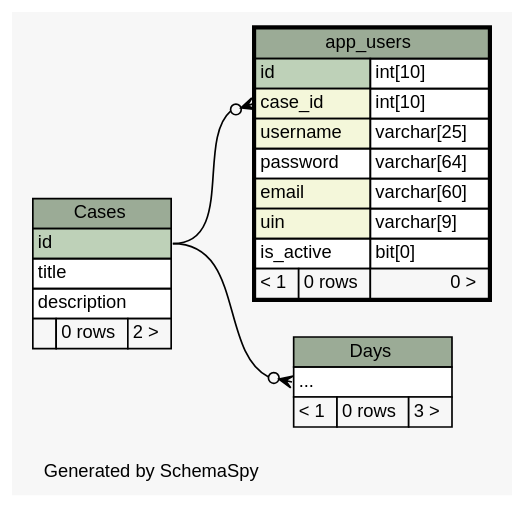
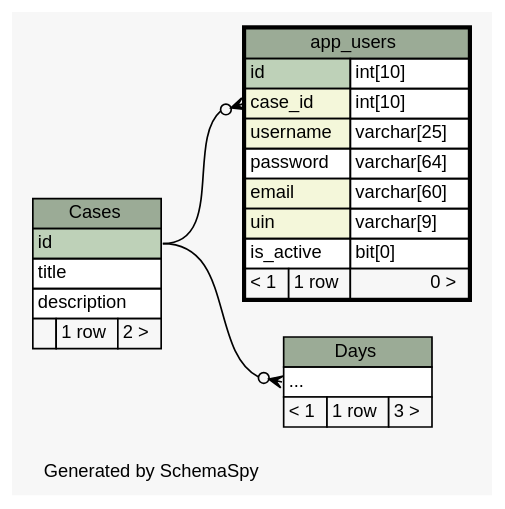
One commit to carrel2/CaseStudies changed the diagram in web/files/schema/diagrams/app_users.2degrees.dot. Above: the diagram before and after it, drawn with Graphviz. The commit also changed 58 other files, not shown here.

Commit message:
Start to update controllers to use new database schema.

```diff
--- a/web/files/schema/diagrams/app_users.2degrees.dot
+++ b/web/files/schema/diagrams/app_users.2degrees.dot
@@ -1,62 +1,62 @@
 // dot 2.38.0 on Linux 4.4.0-62-generic
 // SchemaSpy rev 590
 digraph "twoDegreesRelationshipsDiagram" {
   graph [
     rankdir="RL"
     bgcolor="#f7f7f7"
     label="\nGenerated by SchemaSpy"
     labeljust="l"
     nodesep="0.18"
     ranksep="0.46"
     fontname="Helvetica"
     fontsize="11"
   ];
   node [
     fontname="Helvetica"
     fontsize="11"
     shape="plaintext"
   ];
   edge [
     arrowsize="0.8"
   ];
   "app_users":"case_id":w -> "Cases":"id":e [arrowhead=none dir=back arrowtail=crowodot];
   "Days":"elipses":w -> "Cases":"id":e [arrowhead=none dir=back arrowtail=crowodot];
   "app_users" [
     label=<
     <TABLE BORDER="2" CELLBORDER="1" CELLSPACING="0" BGCOLOR="#ffffff">
       <TR><TD COLSPAN="3" BGCOLOR="#9bab96" ALIGN="CENTER">app_users</TD></TR>
       <TR><TD PORT="id" COLSPAN="2" BGCOLOR="#bed1b8" ALIGN="LEFT">id</TD><TD PORT="id.type" ALIGN="LEFT">int[10]</TD></TR>
       <TR><TD PORT="case_id" COLSPAN="2" BGCOLOR="#f4f7da" ALIGN="LEFT">case_id</TD><TD PORT="case_id.type" ALIGN="LEFT">int[10]</TD></TR>
       <TR><TD PORT="username" COLSPAN="2" BGCOLOR="#f4f7da" ALIGN="LEFT">username</TD><TD PORT="username.type" ALIGN="LEFT">varchar[25]</TD></TR>
       <TR><TD PORT="password" COLSPAN="2" ALIGN="LEFT">password</TD><TD PORT="password.type" ALIGN="LEFT">varchar[64]</TD></TR>
       <TR><TD PORT="email" COLSPAN="2" BGCOLOR="#f4f7da" ALIGN="LEFT">email</TD><TD PORT="email.type" ALIGN="LEFT">varchar[60]</TD></TR>
       <TR><TD PORT="uin" COLSPAN="2" BGCOLOR="#f4f7da" ALIGN="LEFT">uin</TD><TD PORT="uin.type" ALIGN="LEFT">varchar[9]</TD></TR>
       <TR><TD PORT="is_active" COLSPAN="2" ALIGN="LEFT">is_active</TD><TD PORT="is_active.type" ALIGN="LEFT">bit[0]</TD></TR>
-      <TR><TD ALIGN="LEFT" BGCOLOR="#f7f7f7">&lt; 1</TD><TD ALIGN="RIGHT" BGCOLOR="#f7f7f7">0 rows</TD><TD ALIGN="RIGHT" BGCOLOR="#f7f7f7">0 &gt;</TD></TR>
+      <TR><TD ALIGN="LEFT" BGCOLOR="#f7f7f7">&lt; 1</TD><TD ALIGN="RIGHT" BGCOLOR="#f7f7f7">1 row</TD><TD ALIGN="RIGHT" BGCOLOR="#f7f7f7">0 &gt;</TD></TR>
     </TABLE>>
     URL="app_users.html"
     tooltip="app_users"
   ];
   "Cases" [
     label=<
     <TABLE BORDER="0" CELLBORDER="1" CELLSPACING="0" BGCOLOR="#ffffff">
       <TR><TD COLSPAN="3" BGCOLOR="#9bab96" ALIGN="CENTER">Cases</TD></TR>
       <TR><TD PORT="id" COLSPAN="3" BGCOLOR="#bed1b8" ALIGN="LEFT">id</TD></TR>
       <TR><TD PORT="title" COLSPAN="3" ALIGN="LEFT">title</TD></TR>
       <TR><TD PORT="description" COLSPAN="3" ALIGN="LEFT">description</TD></TR>
-      <TR><TD ALIGN="LEFT" BGCOLOR="#f7f7f7">  </TD><TD ALIGN="RIGHT" BGCOLOR="#f7f7f7">0 rows</TD><TD ALIGN="RIGHT" BGCOLOR="#f7f7f7">2 &gt;</TD></TR>
+      <TR><TD ALIGN="LEFT" BGCOLOR="#f7f7f7">  </TD><TD ALIGN="RIGHT" BGCOLOR="#f7f7f7">1 row</TD><TD ALIGN="RIGHT" BGCOLOR="#f7f7f7">2 &gt;</TD></TR>
     </TABLE>>
     URL="Cases.html"
     tooltip="Cases"
   ];
   "Days" [
     label=<
     <TABLE BORDER="0" CELLBORDER="1" CELLSPACING="0" BGCOLOR="#ffffff">
       <TR><TD COLSPAN="3" BGCOLOR="#9bab96" ALIGN="CENTER">Days</TD></TR>
       <TR><TD PORT="elipses" COLSPAN="3" ALIGN="LEFT">...</TD></TR>
-      <TR><TD ALIGN="LEFT" BGCOLOR="#f7f7f7">&lt; 1</TD><TD ALIGN="RIGHT" BGCOLOR="#f7f7f7">0 rows</TD><TD ALIGN="RIGHT" BGCOLOR="#f7f7f7">3 &gt;</TD></TR>
+      <TR><TD ALIGN="LEFT" BGCOLOR="#f7f7f7">&lt; 1</TD><TD ALIGN="RIGHT" BGCOLOR="#f7f7f7">1 row</TD><TD ALIGN="RIGHT" BGCOLOR="#f7f7f7">3 &gt;</TD></TR>
     </TABLE>>
     URL="Days.html"
     tooltip="Days"
   ];
 }
```
